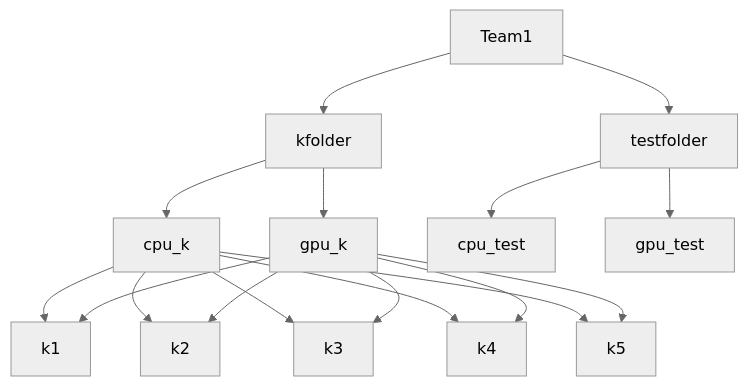
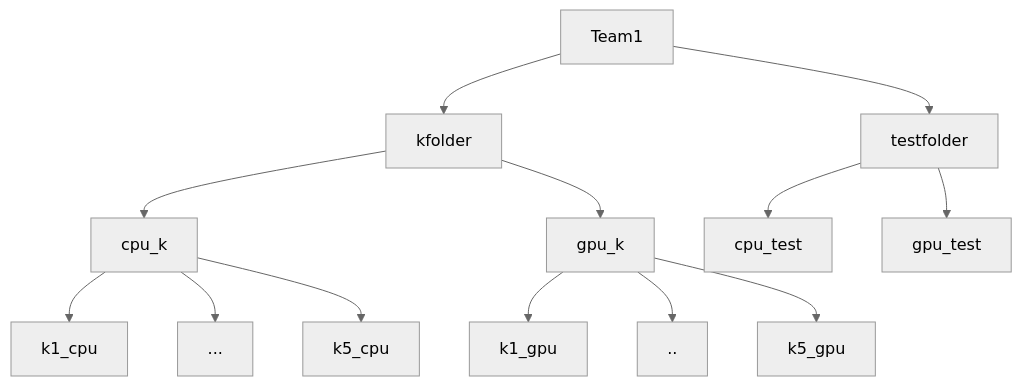
Before and after one commit to elegant-h2020/ELEGANT-Planner: the diagram in ocludify_ML_gnns/README.md, drawn with Mermaid (neutral theme).

````diff
--- a/ocludify_ML_gnns/README.md
+++ b/ocludify_ML_gnns/README.md
@@ -41,21 +41,17 @@
  ```mermaid
   graph TD;
       Team1-->kfolder;
       Team1-->testfolder;
       kfolder-->cpu_k;
       kfolder-->gpu_k;
-      cpu_k-->k1;
-      cpu_k-->k2;
-      cpu_k-->k3;
-      cpu_k-->k4;
-      cpu_k-->k5;
+      cpu_k-->k1_cpu;
+      cpu_k-->...;
+      cpu_k-->k5_cpu;
       
-      gpu_k-->k1;
-      gpu_k-->k2;
-      gpu_k-->k3;
-      gpu_k-->k4;
-      gpu_k-->k5;
+      gpu_k-->k1_gpu;
+      gpu_k-->..;
+      gpu_k-->k5_gpu;
       
       testfolder-->cpu_test;
       testfolder-->gpu_test;
 ```
````
